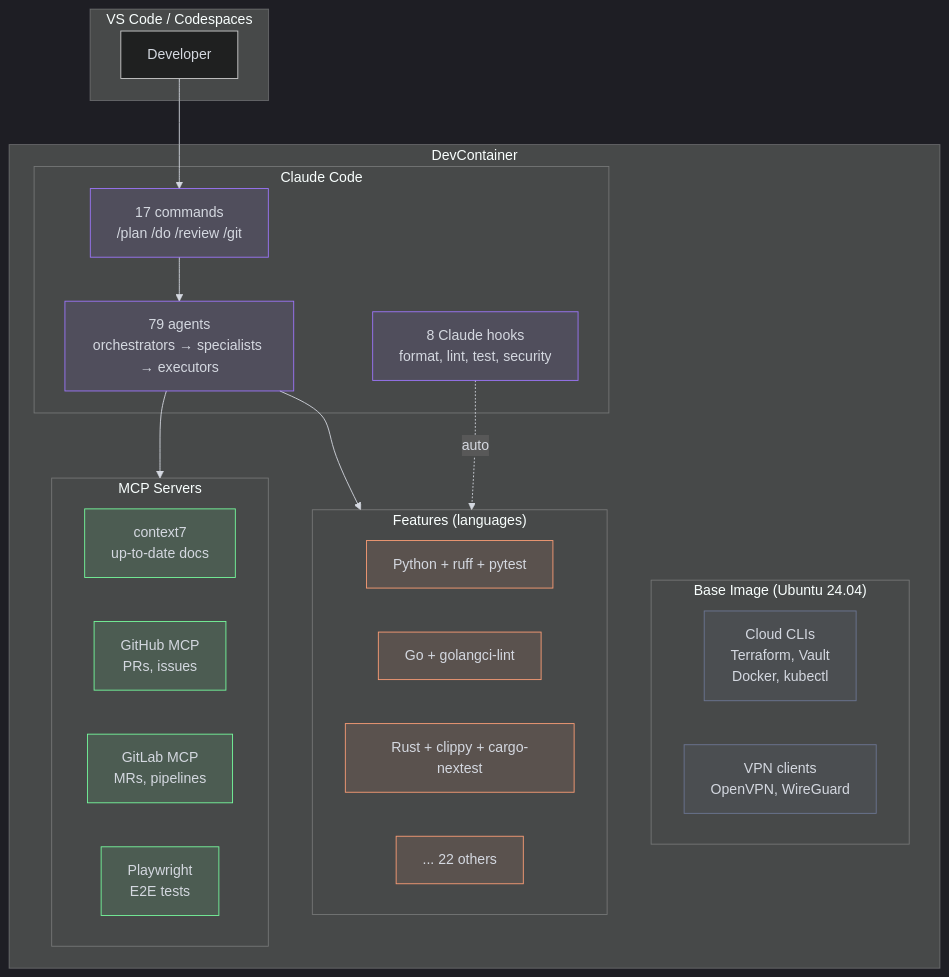
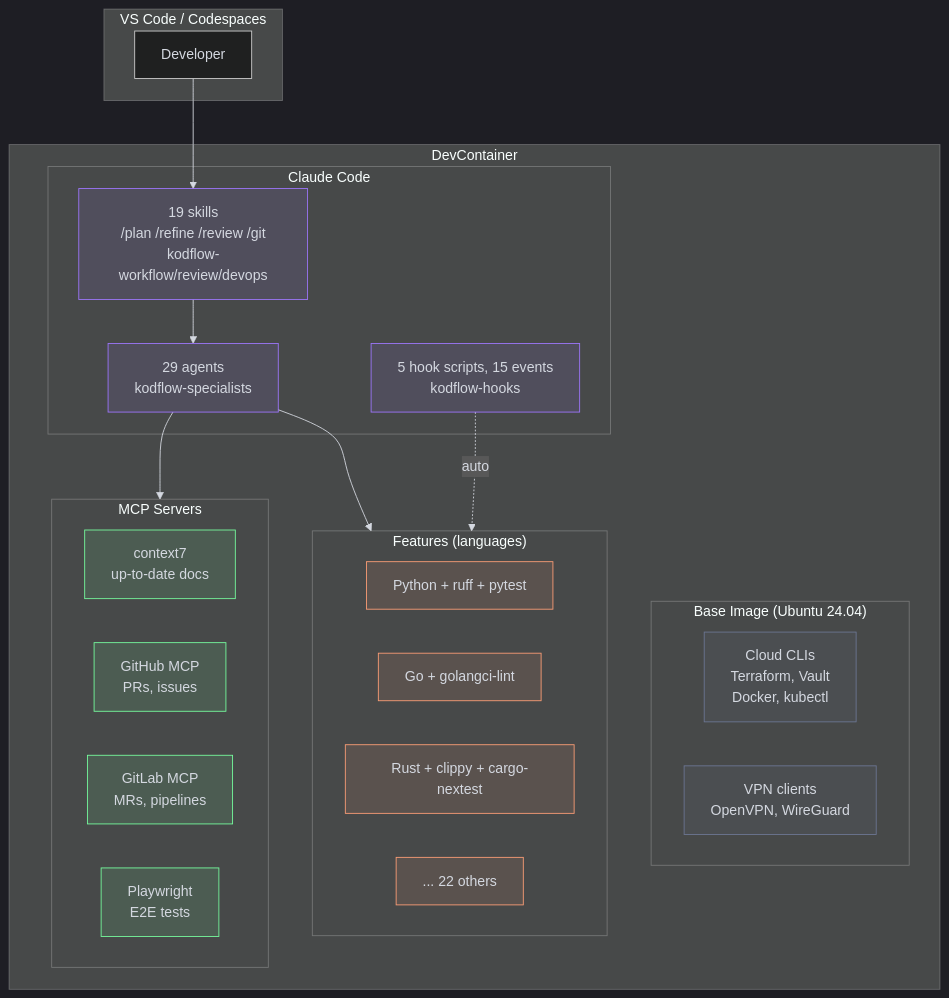
The first of 2 diagrams in docs/architecture/README.md (kodflow/devcontainer-template), drawn with Mermaid before and after one commit. The commit also changed other lines of this file and 305 other files, not shown here.

````diff
--- a/docs/architecture/README.md
+++ b/docs/architecture/README.md
@@ -7,62 +7,62 @@
 ```mermaid
 %%{init: {'theme': 'dark', 'themeVariables': {
   'primaryColor': '#9D76FB1a',
   'primaryBorderColor': '#9D76FB',
   'primaryTextColor': '#d4d8e0',
   'lineColor': '#d4d8e0',
   'textColor': '#d4d8e0',
   'secondaryColor': '#76FB9D1a',
   'secondaryBorderColor': '#76FB9D',
   'secondaryTextColor': '#d4d8e0',
   'tertiaryColor': '#FB9D761a',
   'tertiaryBorderColor': '#FB9D76',
   'tertiaryTextColor': '#d4d8e0'
 }}}%%
 flowchart TB
     subgraph IDE["VS Code / Codespaces"]
         U[Developer]
     end
 
     subgraph DC["DevContainer"]
         subgraph BASE["Base Image (Ubuntu 24.04)"]
             TOOLS[Cloud CLIs<br/>Terraform, Vault<br/>Docker, kubectl]
             NET[VPN clients<br/>OpenVPN, WireGuard]
         end
 
         subgraph FEAT["Features (languages)"]
             L1[Python + ruff + pytest]
             L2[Go + golangci-lint]
             L3[Rust + clippy + cargo-nextest]
             LN[... 22 others]
         end
 
         subgraph CLAUDE["Claude Code"]
-            CMD[17 commands<br/>/plan /do /review /git]
-            AGT[79 agents<br/>orchestrators → specialists → executors]
-            HK[8 Claude hooks<br/>format, lint, test, security]
+            CMD[19 skills<br/>/plan /refine /review /git<br/>kodflow-workflow/review/devops]
+            AGT[29 agents<br/>kodflow-specialists]
+            HK[5 hook scripts, 15 events<br/>kodflow-hooks]
         end
 
         subgraph MCP["MCP Servers"]
             C7[context7<br/>up-to-date docs]
             GH[GitHub MCP<br/>PRs, issues]
             GL[GitLab MCP<br/>MRs, pipelines]
             PW[Playwright<br/>E2E tests]
         end
     end
 
     U --> CMD
     CMD --> AGT
     AGT --> MCP
     HK -.->|auto| FEAT
     AGT --> FEAT
 
     classDef primary fill:#9D76FB1a,stroke:#9D76FB,color:#d4d8e0
     classDef data fill:#76FB9D1a,stroke:#76FB9D,color:#d4d8e0
     classDef async fill:#FB9D761a,stroke:#FB9D76,color:#d4d8e0
     classDef external fill:#6c76931a,stroke:#6c7693,color:#d4d8e0
 
     class CMD,AGT,HK primary
     class C7,GH,GL,PW data
     class L1,L2,L3,LN async
     class TOOLS,NET external
 ```
````
